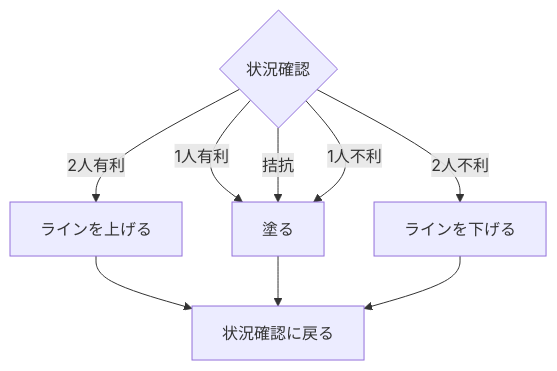
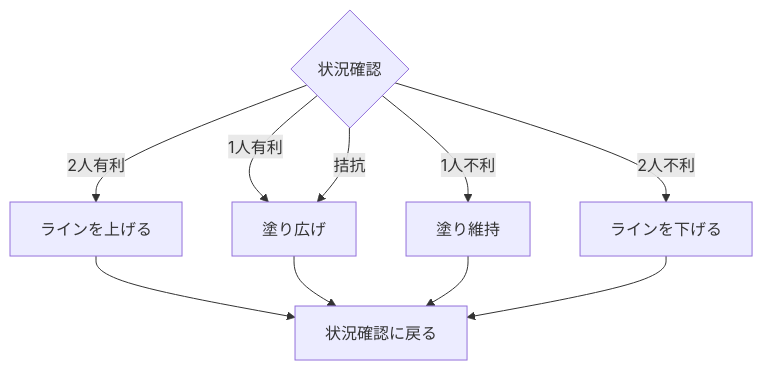
One commit to kotaoue/gamemo changed the diagram in splatoon3/memo-HeavySplatling.md. Above: the diagram before and after it, drawn with Mermaid. The commit also changed other lines of this file, not shown here.

````diff
--- a/splatoon3/memo-HeavySplatling.md
+++ b/splatoon3/memo-HeavySplatling.md
@@ -22,13 +14,14 @@
 ```mermaid
 graph TB
   if_weigh_pros_cons{状況確認}
   if_weigh_pros_cons--2人有利-->action_push
   if_weigh_pros_cons--1人有利-->action_paint
   if_weigh_pros_cons--拮抗-->action_paint
-  if_weigh_pros_cons--1人不利-->action_paint
+  if_weigh_pros_cons--1人不利-->action_stay
   if_weigh_pros_cons--2人不利-->action_pull
   action_push[ラインを上げる]-->action_return
-  action_paint[塗る]-->action_return
+  action_paint[塗り広げ]-->action_return
+  action_stay[塗り維持]-->action_return
   action_pull[ラインを下げる]-->action_return
   action_return[状況確認に戻る]
 ```
````
